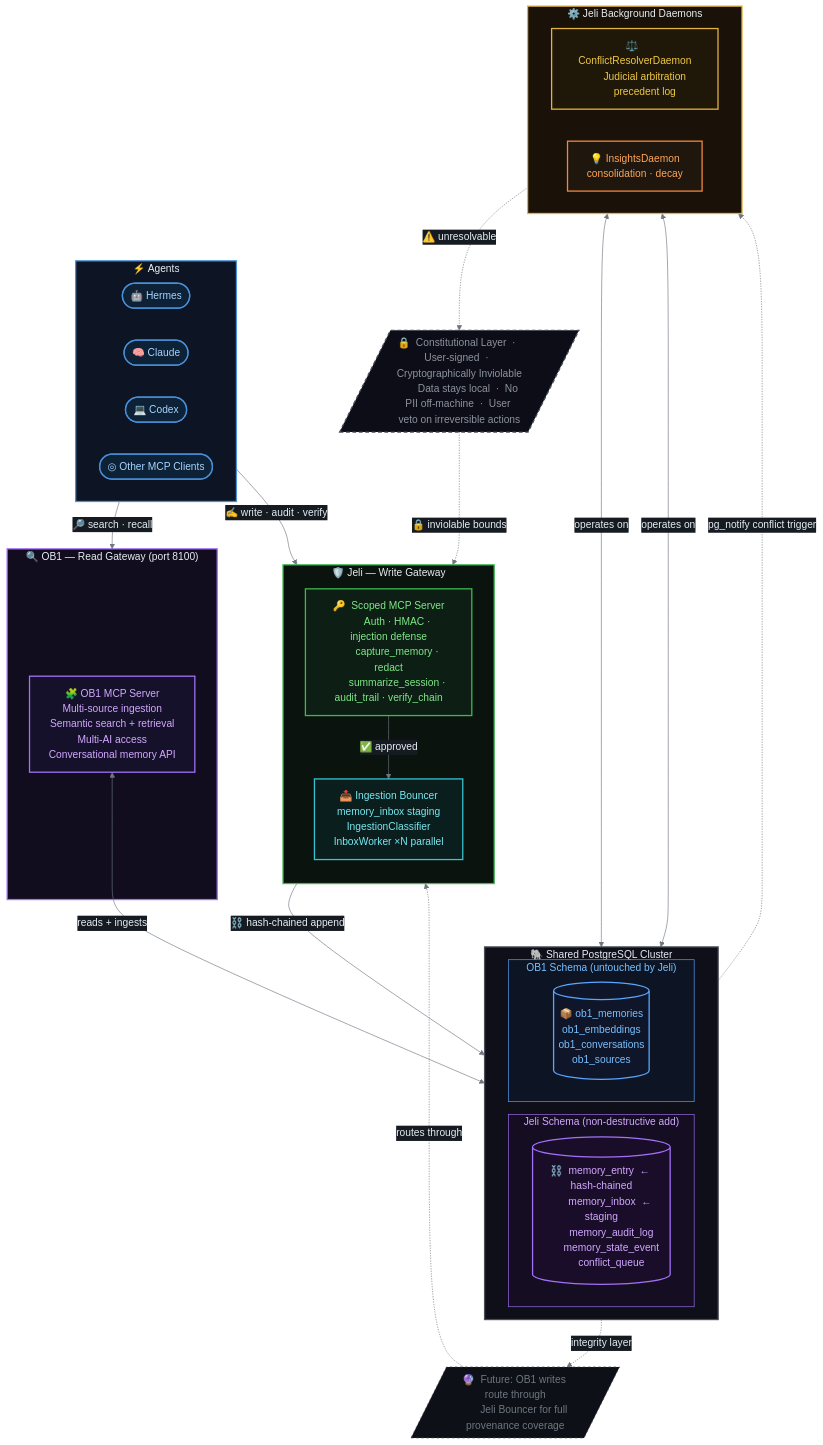
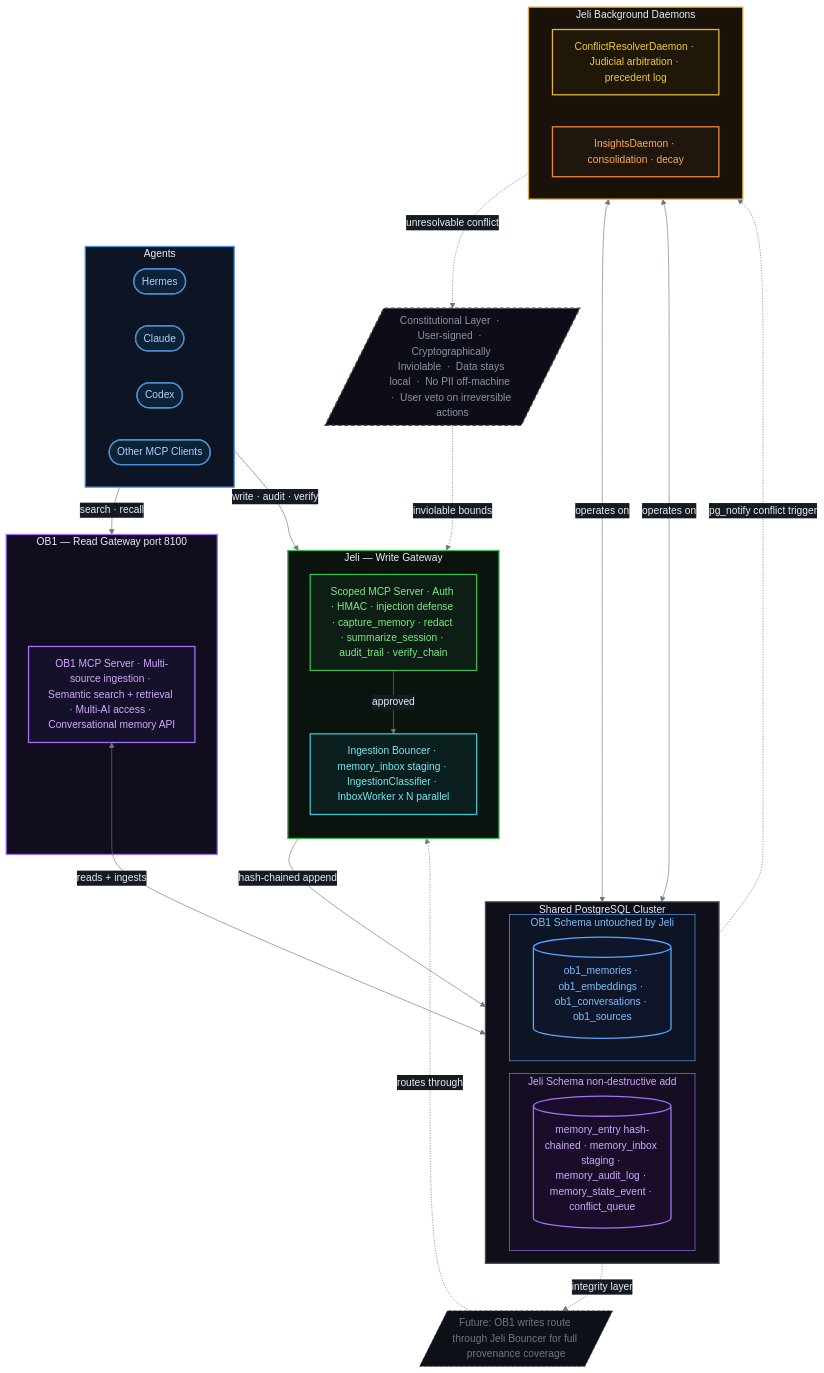
The second of 2 diagrams in README.md (LegionForge/jeli), drawn with Mermaid before and after one commit. The commit also changed other lines of this file and 2 other files, not shown here.

Commit message:
feat: inbox approve/reject/retry CLI + fix Mermaid diagram rendering
Closes the human-review loop in the inbox pipeline: held items can now
be actioned from the CLI without raw SQL.

- `jeli inbox approve <id>` — writes held item directly to hash chain,
  marks promoted_to; bypasses classifier (human has reviewed it)
- `jeli inbox reject <id> --reason "..."` — permanently rejects with reason
- `jeli inbox retry <id>` — resets to pending for daemon reprocessing
- 9 new CLI tests; 15 total in test_cli.py, all passing

Fix Mermaid rendering on GitHub:
- Collapse multiline %%{init}%% to single line (GitHub requirement)
- Remove emojis from edge labels — emoji variation selectors (U+FE0F)
  break GitHub's Mermaid tokenizer in pipe-delimited edge syntax

````diff
--- a/README.md
+++ b/README.md
@@ -152,16 +141,5 @@
 ```mermaid
-%%{init: {'theme': 'base', 'themeVariables': {
-  'background':         '#0d1117',
-  'mainBkg':            '#161b22',
-  'primaryColor':       '#1c2938',
-  'primaryBorderColor': '#30363d',
-  'primaryTextColor':   '#e6edf3',
-  'lineColor':          '#6e7681',
-  'clusterBkg':         '#161b22',
-  'clusterBorder':      '#30363d',
-  'edgeLabelBackground':'#161b22',
-  'titleColor':         '#e6edf3'
-}}}%%
+%%{init: {'theme': 'base', 'themeVariables': {'background': '#0d1117', 'mainBkg': '#161b22', 'primaryColor': '#1c2938', 'primaryBorderColor': '#30363d', 'primaryTextColor': '#e6edf3', 'lineColor': '#6e7681', 'clusterBkg': '#161b22', 'clusterBorder': '#30363d', 'edgeLabelBackground': '#161b22', 'titleColor': '#e6edf3'}}}%%
 
 flowchart TB
     classDef agent      fill:#0d2137,stroke:#4a90d9,stroke-width:2px,color:#a8d4ff
@@ -175,63 +153,63 @@
     classDef constStyle fill:#0d0d18,stroke:#484f58,stroke-width:2px,stroke-dasharray:6 4,color:#8b949e
     classDef future     fill:#0d1117,stroke:#484f58,stroke-width:1px,stroke-dasharray:4 4,color:#6e7681
 
-    subgraph AGENTS["⚡  Agents"]
+    subgraph AGENTS["Agents"]
         direction LR
-        H(["🤖  Hermes"]):::agent
-        CL(["🧠  Claude"]):::agent
-        CD(["💻  Codex"]):::agent
-        OTH(["◎  Other MCP Clients"]):::agent
+        H(["Hermes"]):::agent
+        CL(["Claude"]):::agent
+        CD(["Codex"]):::agent
+        OTH(["Other MCP Clients"]):::agent
     end
 
-    subgraph JELI_GATE["🛡️  Jeli — Write Gateway"]
+    subgraph JELI_GATE["Jeli — Write Gateway"]
         direction TB
-        SMCP["🔑  Scoped MCP Server\n       Auth · HMAC · injection defense\n       capture_memory · redact\n       summarize_session · audit_trail · verify_chain"]:::jeliNode
-        BNCR["📥  Ingestion Bouncer\n       memory_inbox staging\n       IngestionClassifier\n       InboxWorker ×N parallel"]:::jeliTeal
-        SMCP -->|"✅  approved"| BNCR
+        SMCP["Scoped MCP Server · Auth · HMAC · injection defense · capture_memory · redact · summarize_session · audit_trail · verify_chain"]:::jeliNode
+        BNCR["Ingestion Bouncer · memory_inbox staging · IngestionClassifier · InboxWorker x N parallel"]:::jeliTeal
+        SMCP -->|"approved"| BNCR
     end
 
-    subgraph OB1_GATE["🔍  OB1 — Read Gateway  (port 8100)"]
-        OB1MCP["🧩  OB1 MCP Server\n       Multi-source ingestion\n       Semantic search + retrieval\n       Multi-AI access\n       Conversational memory API"]:::ob1Node
+    subgraph OB1_GATE["OB1 — Read Gateway  port 8100"]
+        OB1MCP["OB1 MCP Server · Multi-source ingestion · Semantic search + retrieval · Multi-AI access · Conversational memory API"]:::ob1Node
     end
 
-    subgraph SHARED_DB["🐘  Shared PostgreSQL Cluster"]
+    subgraph SHARED_DB["Shared PostgreSQL Cluster"]
         direction LR
 
-        subgraph JELI_SCHEMA["Jeli Schema  (non-destructive add)"]
-            JT[("⛓️  memory_entry  ← hash-chained\n       memory_inbox  ← staging\n       memory_audit_log\n       memory_state_event\n       conflict_queue")]:::dbJeli
+        subgraph JELI_SCHEMA["Jeli Schema  non-destructive add"]
+            JT[("memory_entry hash-chained · memory_inbox staging · memory_audit_log · memory_state_event · conflict_queue")]:::dbJeli
         end
 
-        subgraph OB1_SCHEMA["OB1 Schema  (untouched by Jeli)"]
-            OT[("📦  ob1_memories\n       ob1_embeddings\n       ob1_conversations\n       ob1_sources")]:::dbOb1
+        subgraph OB1_SCHEMA["OB1 Schema  untouched by Jeli"]
+            OT[("ob1_memories · ob1_embeddings · ob1_conversations · ob1_sources")]:::dbOb1
         end
     end
 
-    subgraph JELI_DAEMONS["⚙️  Jeli Background Daemons"]
+    subgraph JELI_DAEMONS["Jeli Background Daemons"]
         direction LR
-        CRD["⚖️  ConflictResolverDaemon\n       Judicial arbitration\n       precedent log"]:::judicial
-        INS["💡  InsightsDaemon\n       consolidation · decay"]:::daemon
+        CRD["ConflictResolverDaemon · Judicial arbitration · precedent log"]:::judicial
+        INS["InsightsDaemon · consolidation · decay"]:::daemon
     end
 
-    CONST[/"🔒  Constitutional Layer  ·  User-signed  ·  Cryptographically Inviolable\n       Data stays local  ·  No PII off-machine  ·  User veto on irreversible actions"/]:::constStyle
+    CONST[/"Constitutional Layer  ·  User-signed  ·  Cryptographically Inviolable  ·  Data stays local  ·  No PII off-machine  ·  User veto on irreversible actions"/]:::constStyle
 
-    FUTURE[/"🔮  Future: OB1 writes route through\n       Jeli Bouncer for full provenance coverage"/]:::future
+    FUTURE[/"Future: OB1 writes route through Jeli Bouncer for full provenance coverage"/]:::future
 
-    AGENTS      -->|"✍️  write · audit · verify"| JELI_GATE
-    AGENTS      -->|"🔎  search · recall"| OB1_GATE
-    BNCR        -->|"⛓️  hash-chained append"| JT
-    OB1MCP     <-->|"reads + ingests"| OT
+    AGENTS     -->|"write · audit · verify"| JELI_GATE
+    AGENTS     -->|"search · recall"| OB1_GATE
+    BNCR       -->|"hash-chained append"| JT
+    OB1MCP    <-->|"reads + ingests"| OT
     JT         -.->|"pg_notify conflict trigger"| CRD
-    CRD & INS  <-->|"operates on"| JT
-    CRD        -.->|"⚠️  unresolvable"| CONST
-    CONST      -.->|"🔒  inviolable bounds"| SMCP
+    CRD & INS <-->|"operates on"| JT
+    CRD        -.->|"unresolvable conflict"| CONST
+    CONST      -.->|"inviolable bounds"| SMCP
     OT         -.->|"integrity layer"| FUTURE
     FUTURE     -.->|"routes through"| BNCR
 
-    style AGENTS      fill:#0d1525,stroke:#4a90d9,stroke-width:2px,color:#e6edf3
-    style JELI_GATE   fill:#0a130d,stroke:#3fb950,stroke-width:2px,color:#e6edf3
-    style OB1_GATE    fill:#110d1e,stroke:#a371f7,stroke-width:2px,color:#e6edf3
-    style SHARED_DB   fill:#0f0f1a,stroke:#484f58,stroke-width:2px,color:#e6edf3
-    style JELI_SCHEMA fill:#150d22,stroke:#a371f7,stroke-width:1px,color:#d2a8ff
-    style OB1_SCHEMA  fill:#0d1525,stroke:#58a6ff,stroke-width:1px,color:#79c0ff
+    style AGENTS       fill:#0d1525,stroke:#4a90d9,stroke-width:2px,color:#e6edf3
+    style JELI_GATE    fill:#0a130d,stroke:#3fb950,stroke-width:2px,color:#e6edf3
+    style OB1_GATE     fill:#110d1e,stroke:#a371f7,stroke-width:2px,color:#e6edf3
+    style SHARED_DB    fill:#0f0f1a,stroke:#484f58,stroke-width:2px,color:#e6edf3
+    style JELI_SCHEMA  fill:#150d22,stroke:#a371f7,stroke-width:1px,color:#d2a8ff
+    style OB1_SCHEMA   fill:#0d1525,stroke:#58a6ff,stroke-width:1px,color:#79c0ff
     style JELI_DAEMONS fill:#1a1208,stroke:#e3b341,stroke-width:2px,color:#e6edf3
 ```
````
